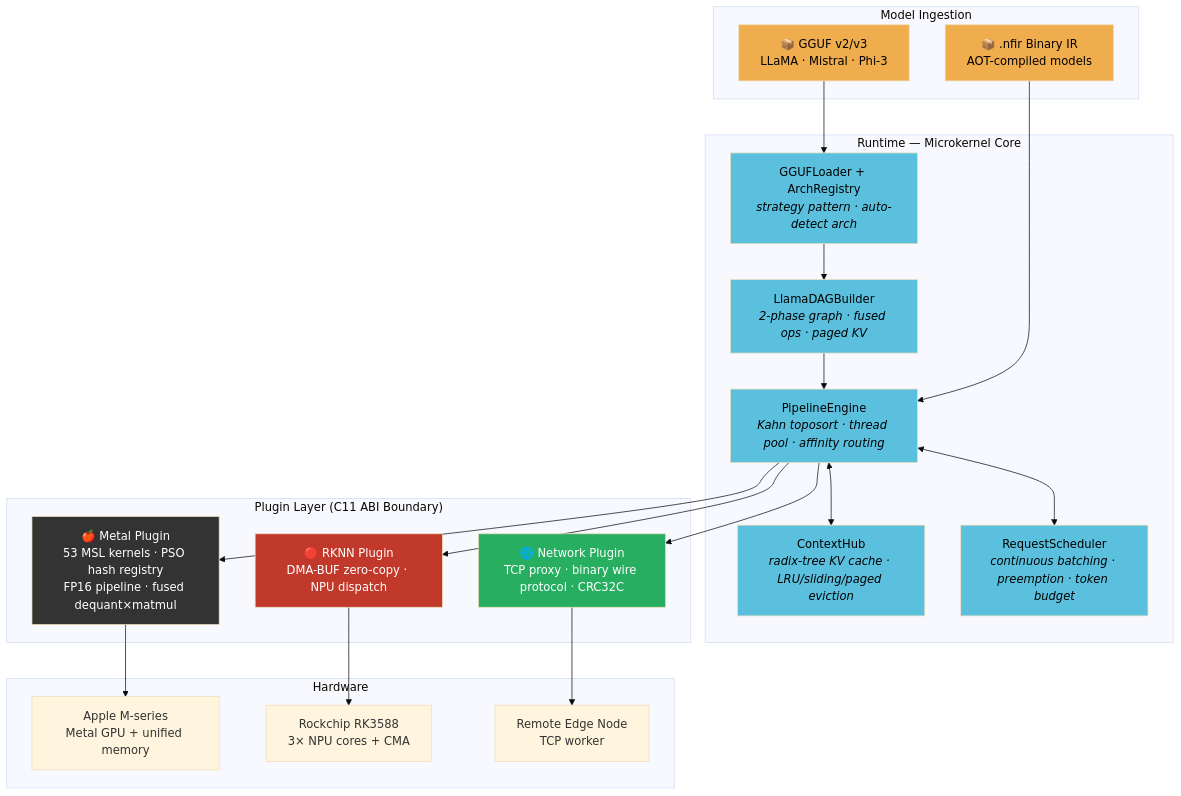
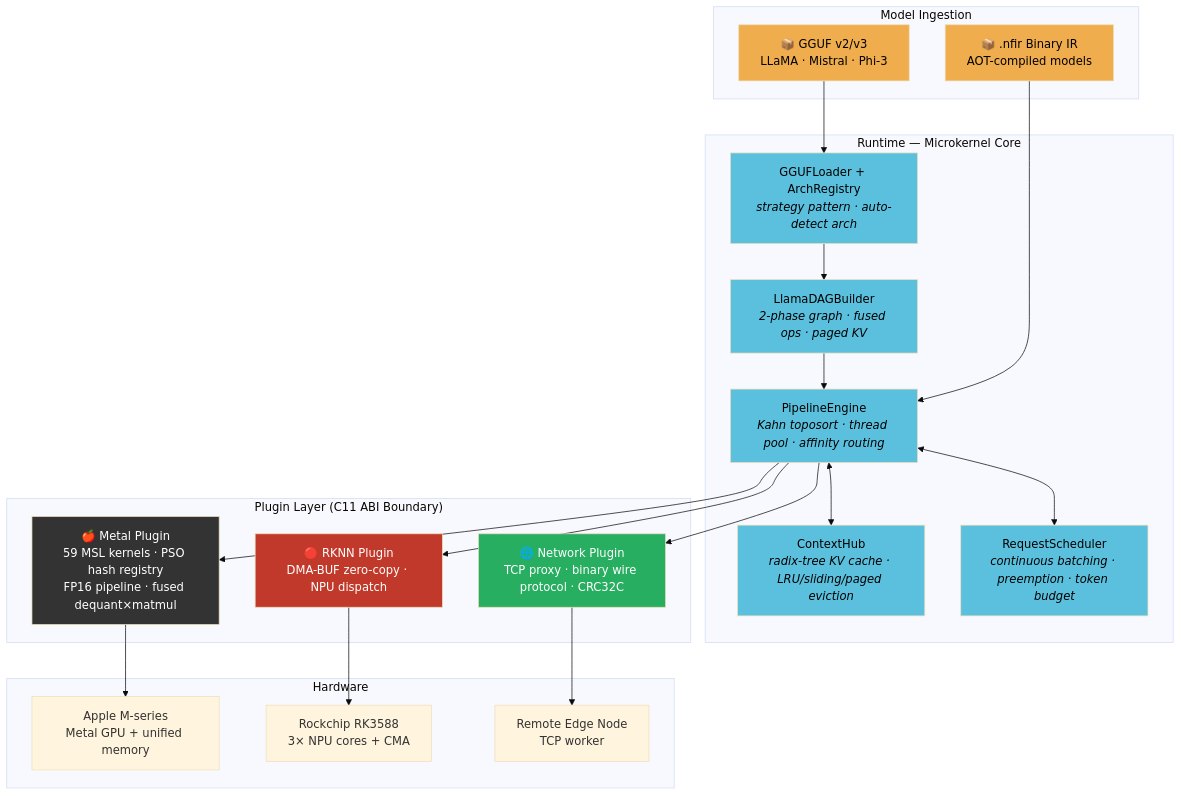
The diagram in README_EN.md (teslavia/neurofabric), drawn with Mermaid (base theme) before and after one commit. The commit also changed other lines of this file and 184 other files, not shown here.

````diff
--- a/README_EN.md
+++ b/README_EN.md
@@ -89,50 +120,50 @@
 ```mermaid
 graph TB
     subgraph "Model Ingestion"
         GGUF["📦 GGUF v2/v3<br/>LLaMA · Mistral · Phi-3"]
         NFIR["📦 .nfir Binary IR<br/>AOT-compiled models"]
     end
 
     subgraph "Runtime — Microkernel Core"
         LOADER["GGUFLoader + ArchRegistry<br/><i>strategy pattern · auto-detect arch</i>"]
         DAG["LlamaDAGBuilder<br/><i>2-phase graph · fused ops · paged KV</i>"]
         PE["PipelineEngine<br/><i>Kahn toposort · thread pool · affinity routing</i>"]
         CH["ContextHub<br/><i>radix-tree KV cache · LRU/sliding/paged eviction</i>"]
         SCHED["RequestScheduler<br/><i>continuous batching · preemption · token budget</i>"]
         GGUF --> LOADER --> DAG --> PE
         NFIR --> PE
         PE <--> CH
         PE <--> SCHED
     end
 
     subgraph "Plugin Layer (C11 ABI Boundary)"
-        MTL["🍎 Metal Plugin<br/>53 MSL kernels · PSO hash registry<br/>FP16 pipeline · fused dequant×matmul"]
+        MTL["🍎 Metal Plugin<br/>59 MSL kernels · PSO hash registry<br/>FP16 pipeline · fused dequant×matmul"]
         RKNN["🔴 RKNN Plugin<br/>DMA-BUF zero-copy · NPU dispatch"]
         NET["🌐 Network Plugin<br/>TCP proxy · binary wire protocol · CRC32C"]
     end
 
     PE --> MTL
     PE --> RKNN
     PE --> NET
 
     subgraph "Hardware"
         M4["Apple M-series<br/>Metal GPU + unified memory"]
         RK["Rockchip RK3588<br/>3× NPU cores + CMA"]
         EDGE["Remote Edge Node<br/>TCP worker"]
     end
 
     MTL --> M4
     RKNN --> RK
     NET --> EDGE
 
     style GGUF fill:#f0ad4e,color:#000
     style NFIR fill:#f0ad4e,color:#000
     style LOADER fill:#5bc0de,color:#000
     style DAG fill:#5bc0de,color:#000
     style PE fill:#5bc0de,color:#000
     style CH fill:#5bc0de,color:#000
     style SCHED fill:#5bc0de,color:#000
     style MTL fill:#333,color:#fff
     style RKNN fill:#c0392b,color:#fff
     style NET fill:#27ae60,color:#fff
 ```
````
